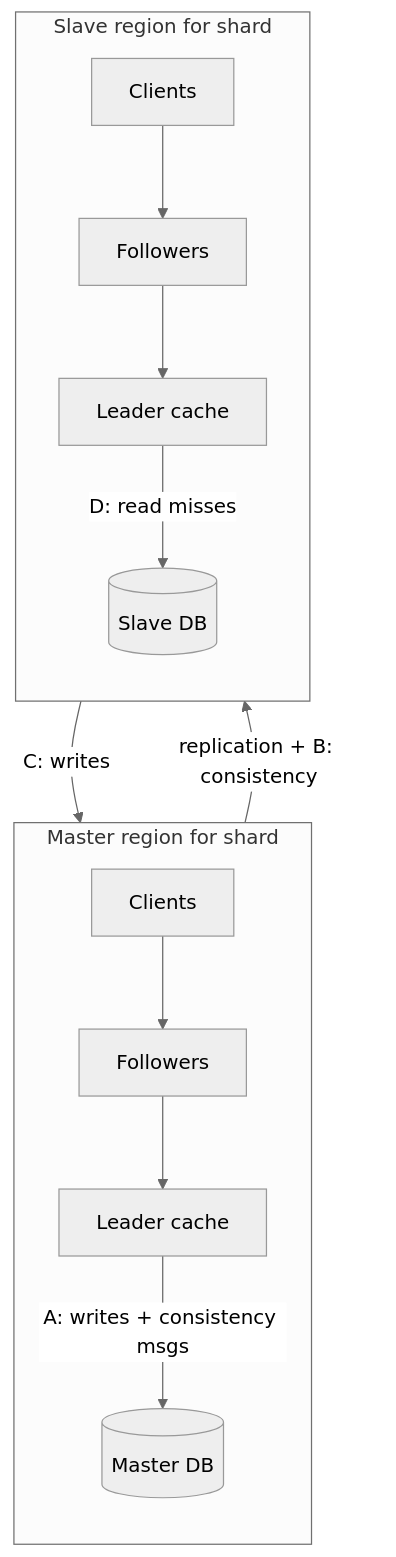
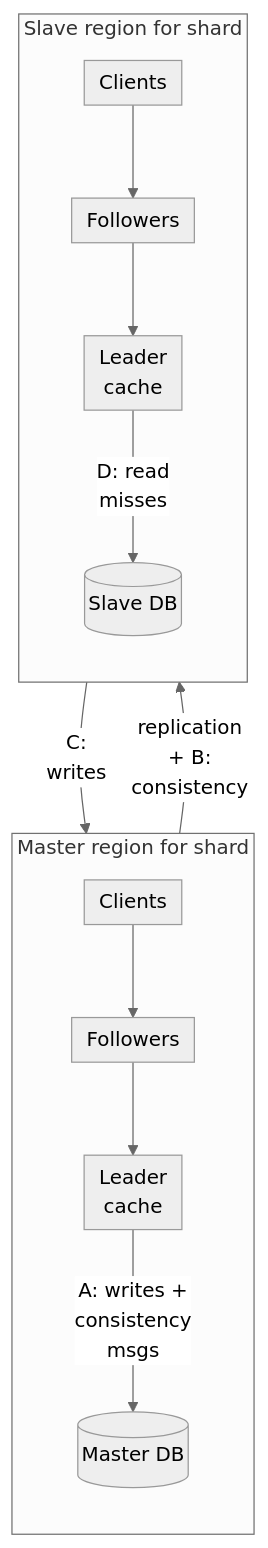
One commit to mimi146/blog changed the second of 2 diagrams in src/content/blog/tao-facebooks-social-graph-store.md. Above: the diagram before and after it, drawn with Mermaid (neutral theme). The commit also changed other lines of this file, not shown here.

Commit message:
TAO post: fit Mermaid figures to 12px+ on phones (line breaks + tighter spacing only)

````diff
--- a/src/content/blog/tao-facebooks-social-graph-store.md
+++ b/src/content/blog/tao-facebooks-social-graph-store.md
@@ -58,19 +59,20 @@
 ```mermaid
+%%{init: {"flowchart": {"nodeSpacing": 12, "padding": 6, "diagramPadding": 4}}}%%
 flowchart TB
     accTitle: Multi-region TAO master and slave
     accDescr: In the master region, clients hit followers, which talk to a leader cache that writes to the master database. Replication carries data and consistency messages to the slave region database. The slave region leader sends writes to the master leader and serves read misses from the slave database.
     subgraph Master["Master region for shard"]
         direction TB
         MC["Clients"] --> MF["Followers"]
-        MF --> ML["Leader cache"]
-        ML -->|"A: writes + consistency msgs"| MDB[("Master DB")]
+        MF --> ML["Leader<br/>cache"]
+        ML -->|"A: writes +<br/>consistency<br/>msgs"| MDB[("Master DB")]
     end
     subgraph Slave["Slave region for shard"]
         direction TB
         SC["Clients"] --> SF["Followers"]
-        SF --> SL["Leader cache"]
-        SL -->|"D: read misses"| SDB[("Slave DB")]
+        SF --> SL["Leader<br/>cache"]
+        SL -->|"D: read<br/>misses"| SDB[("Slave DB")]
     end
-    MDB -->|"replication + B: consistency"| SDB
-    SL -->|"C: writes"| ML
+    MDB -->|"replication<br/>+ B:<br/>consistency"| SDB
+    SL -->|"C:<br/>writes"| ML
 ```
````
